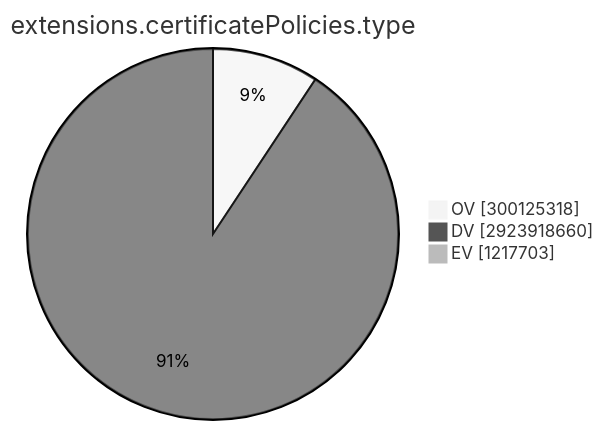
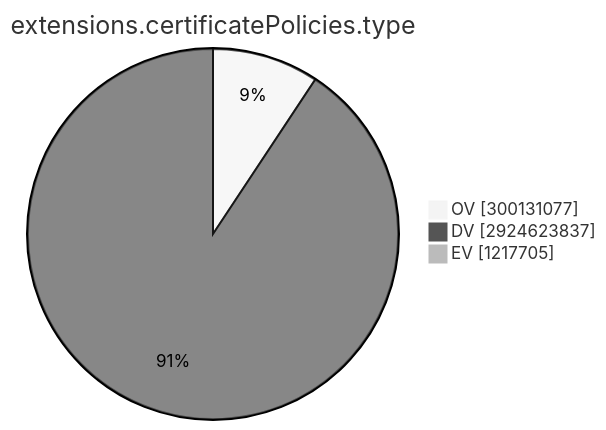
Before and after one commit to christiankrug/ctmonitor_visualization: the ninth of 15 diagrams in TOTAL/README.md, drawn with Mermaid (neutral theme). The commit also changed other lines of this file, not shown here.

````diff
--- a/TOTAL/README.md
+++ b/TOTAL/README.md
@@ -3101,7 +3101,7 @@
 ```mermaid
 pie showData
 title extensions.certificatePolicies.type
-"OV" :300125318
-"DV" :2923918660
-"EV" :1217703
+"OV" :300131077
+"DV" :2924623837
+"EV" :1217705
 ```
````
